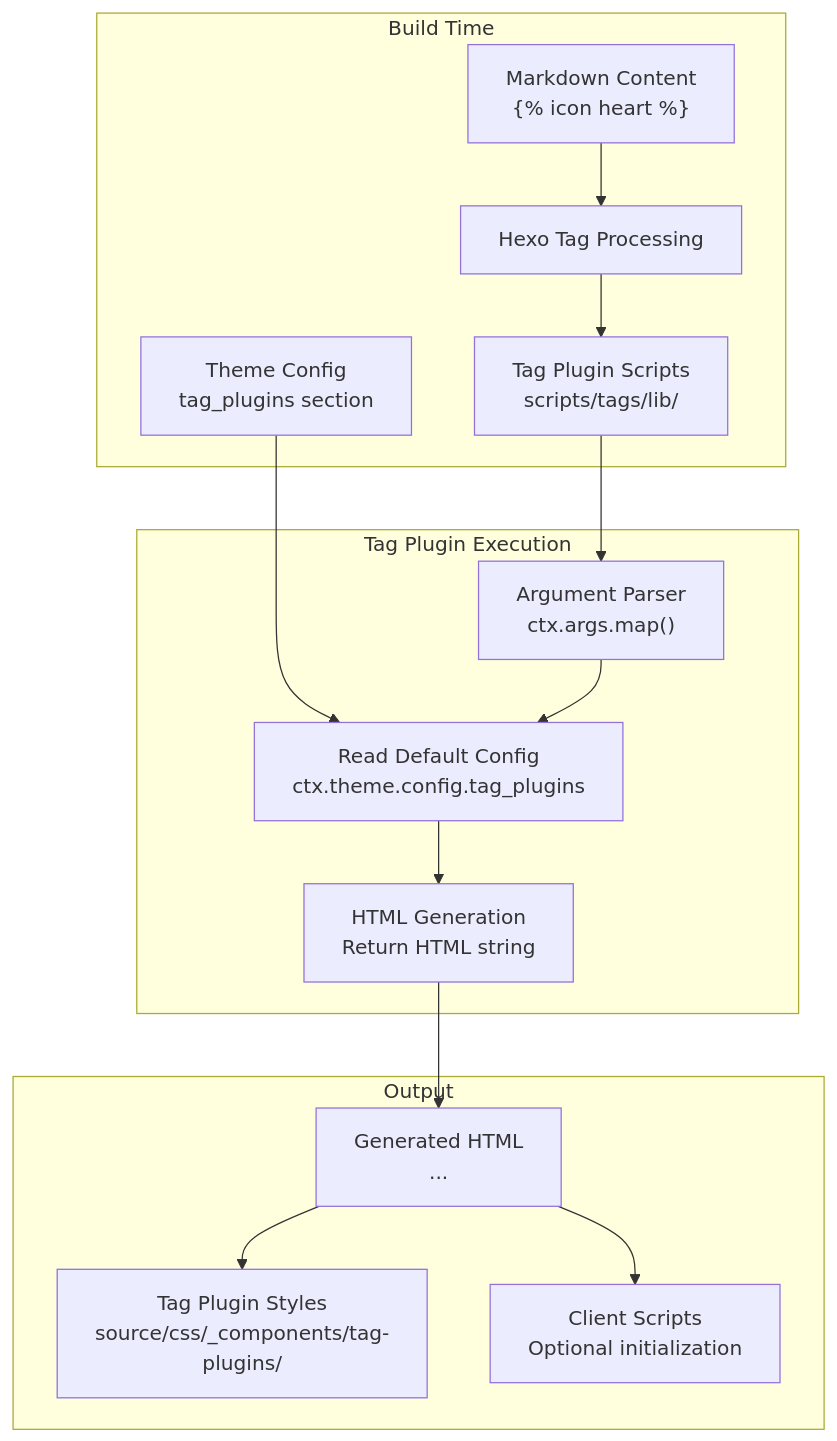
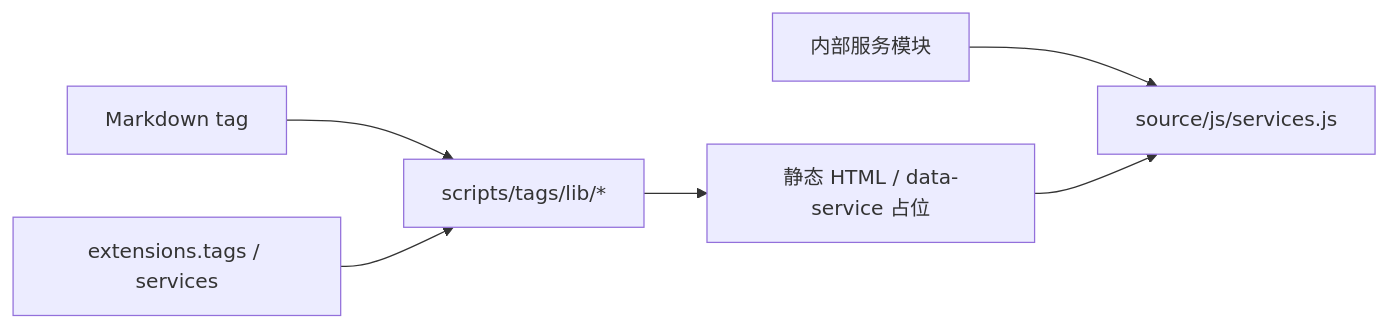
The diagram in docs/knowledge/04-标签插件/tag-plugins-overview.md (xaoxuu/hexo-theme-stellar), drawn with Mermaid before and after one commit. The commit also changed other lines of this file and 124 other files, not shown here.

````diff
--- a/docs/knowledge/04-标签插件/tag-plugins-overview.md
+++ b/docs/knowledge/04-标签插件/tag-plugins-overview.md
@@ -45,33 +56,8 @@
 ```mermaid
-graph TD
-    subgraph "Build Time"
-        MD["Markdown Content<br/>{% icon heart %}"]
-        HEXO["Hexo Tag Processing"]
-        SCRIPT["Tag Plugin Scripts<br/>scripts/tags/lib/"]
-        CONFIG["Theme Config<br/>tag_plugins section"]
-    end
-    
-    subgraph "Tag Plugin Execution"
-        PARSE["Argument Parser<br/>ctx.args.map()"]
-        CONFIG_READ["Read Default Config<br/>ctx.theme.config.tag_plugins"]
-        RENDER["HTML Generation<br/>Return HTML string"]
-    end
-    
-    subgraph "Output"
-        HTML["Generated HTML<br/><span class='icon'>...</span>"]
-        CSS["Tag Plugin Styles<br/>source/css/_components/tag-plugins/"]
-        JS["Client Scripts<br/>Optional initialization"]
-    end
-    
-    MD --> HEXO
-    HEXO --> SCRIPT
-    CONFIG --> CONFIG_READ
-    
-    SCRIPT --> PARSE
-    PARSE --> CONFIG_READ
-    CONFIG_READ --> RENDER
-    
-    RENDER --> HTML
-    HTML --> CSS
-    HTML --> JS
+flowchart LR
+  MD["Markdown tag"] --> HANDLER["scripts/tags/lib/*"]
+  CONFIG["extensions.tags / services"] --> HANDLER
+  HANDLER --> HTML["静态 HTML / data-service 占位"]
+  ASSETS["内部服务模块"] --> CLIENT["source/js/services.js"]
+  HTML --> CLIENT
 ```
````
